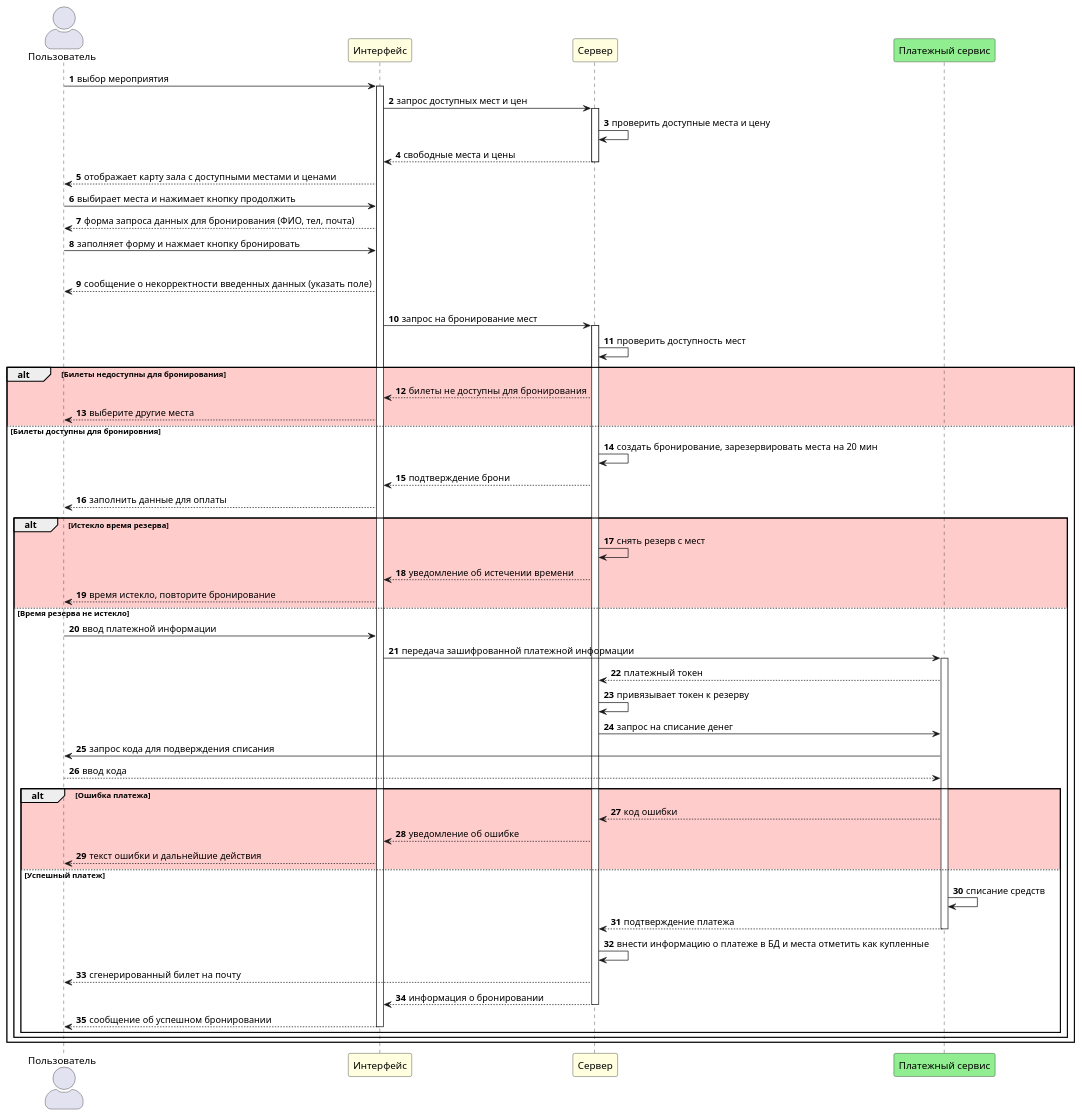
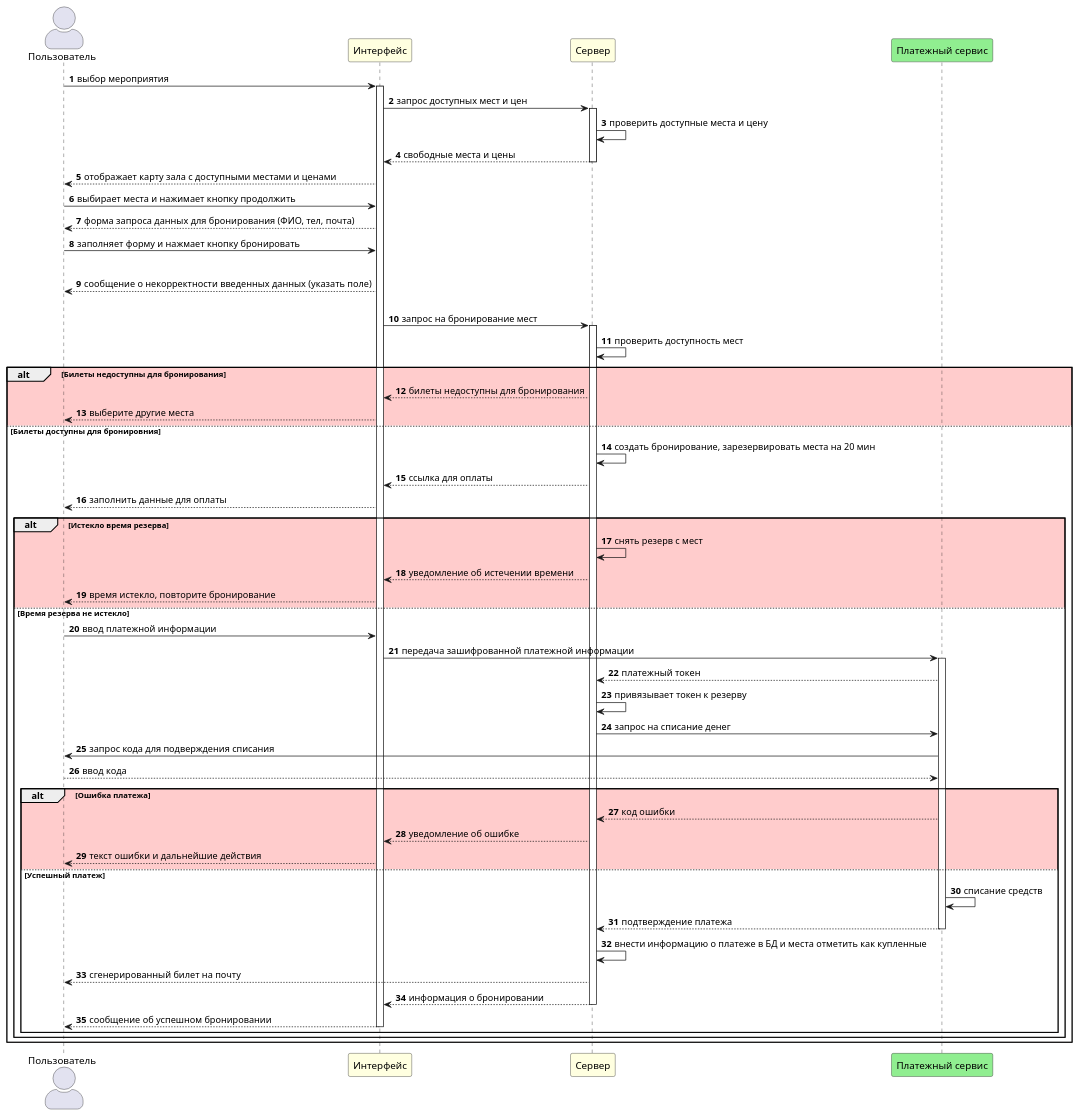
One commit to NadezdaHope19/practice changed the diagram in diagrams/SD.puml. Above: the diagram before and after it, drawn with PlantUML.

```diff
--- a/diagrams/SD.puml
+++ b/diagrams/SD.puml
@@ -1,62 +1,62 @@
 @startuml
 autonumber
 skinparam actorStyle awesome
 actor "Пользователь" as user
 participant "Интерфейс" as web #lightyellow
 participant "Сервер" as server #lightyellow
 participant "Платежный сервис" as paymentsys #lightgreen
 user -> web : выбор мероприятия
 activate web
 web -> server : запрос доступных мест и цен
 activate server
 server -> server : проверить доступные места и цену
 server --> web : свободные места и цены
 deactivate server
 web --> user : отображает карту зала с доступными местами и ценами
 user -> web : выбирает места и нажимает кнопку продолжить
 web --> user : форма запроса данных для бронирования (ФИО, тел, почта)
 user -> web : заполняет форму и нажмает кнопку бронировать 
 alt #ffcccc Форма заполнена некорректно
 web --> user : сообщение о некорректности введенных данных (указать поле)
 else #FFFFFF Форма заполнена корректно
 web -> server : запрос на бронирование мест
 activate server
 server -> server : проверить доступность мест
 alt #ffcccc Билеты недоступны для бронирования
-server --> web : билеты не доступны для бронирования
+server --> web : билеты недоступны для бронирования
 web --> user : выберите другие места
 else #FFFFFF Билеты доступны для бронировния
 server -> server : создать бронирование, зарезервировать места на 20 мин
-server --> web : подтверждение брони
+server --> web : ссылка для оплаты
 web --> user : заполнить данные для оплаты
 alt #ffcccc Истекло время резерва
 server -> server : снять резерв с мест
 server --> web : уведомление об истечении времени
 web --> user : время истекло, повторите бронирование
 else #FFFFFF Время резерва не истекло
 user -> web : ввод платежной информации
 web -> paymentsys : передача зашифрованной платежной информации 
 activate paymentsys
 paymentsys --> server : платежный токен
 server -> server : привязывает токен к резерву
 server -> paymentsys : запрос на списание денег
 paymentsys -> user : запрос кода для подверждения списания
 user --> paymentsys : ввод кода
 alt #ffcccc Ошибка платежа
 paymentsys --> server : код ошибки
 server --> web : уведомление об ошибке
 web --> user : текст ошибки и дальнейшие действия
 else #FFFFFF Успешный платеж
 paymentsys -> paymentsys : списание средств
 paymentsys --> server : подтверждение платежа 
 deactivate paymentsys
 server -> server : внести информацию о платеже в БД и места отметить как купленные
 server --> user : сгенерированный билет на почту
 server --> web : информация о бронировании
 deactivate server
 web --> user : сообщение об успешном бронировании
 deactivate web
 end
 end
 end
 @enduml
```
